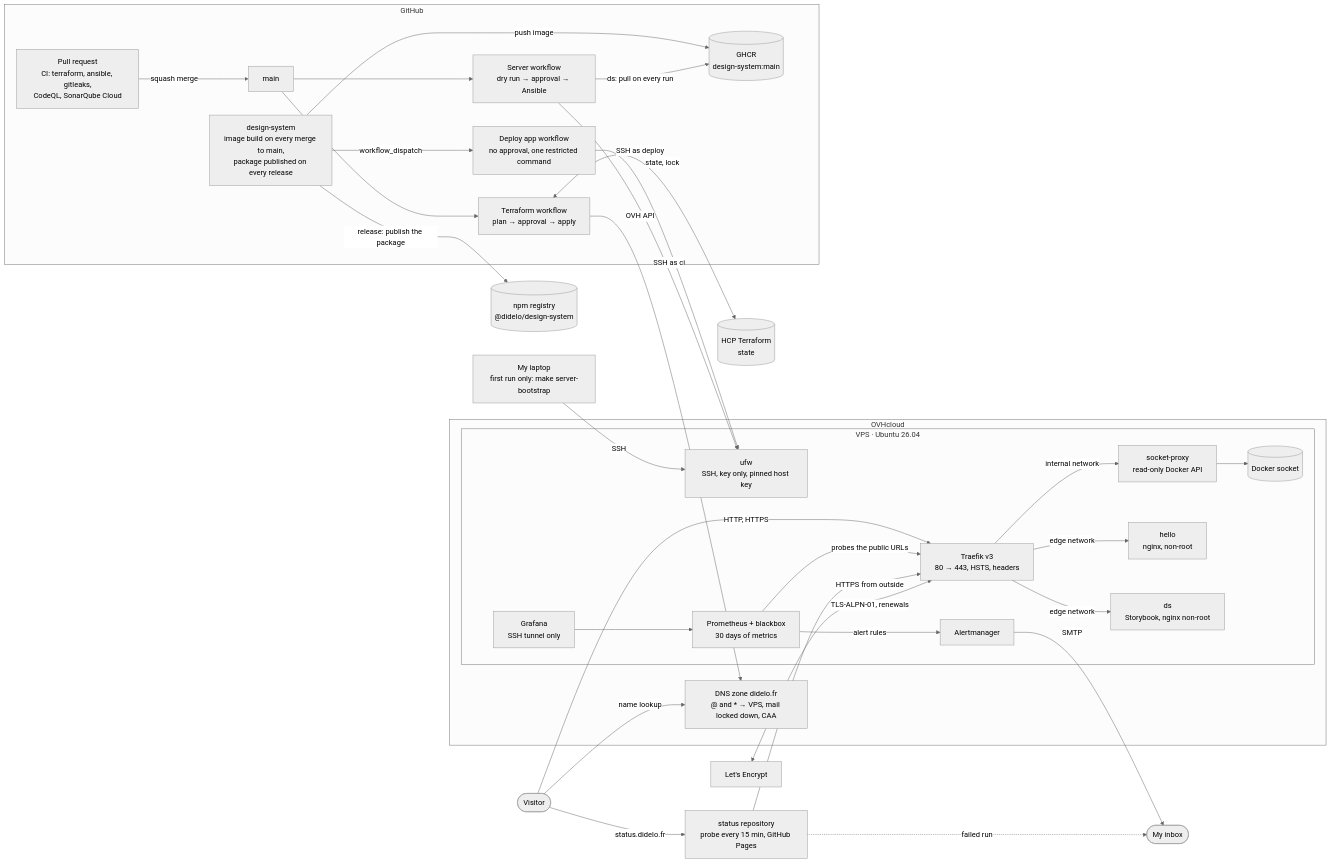
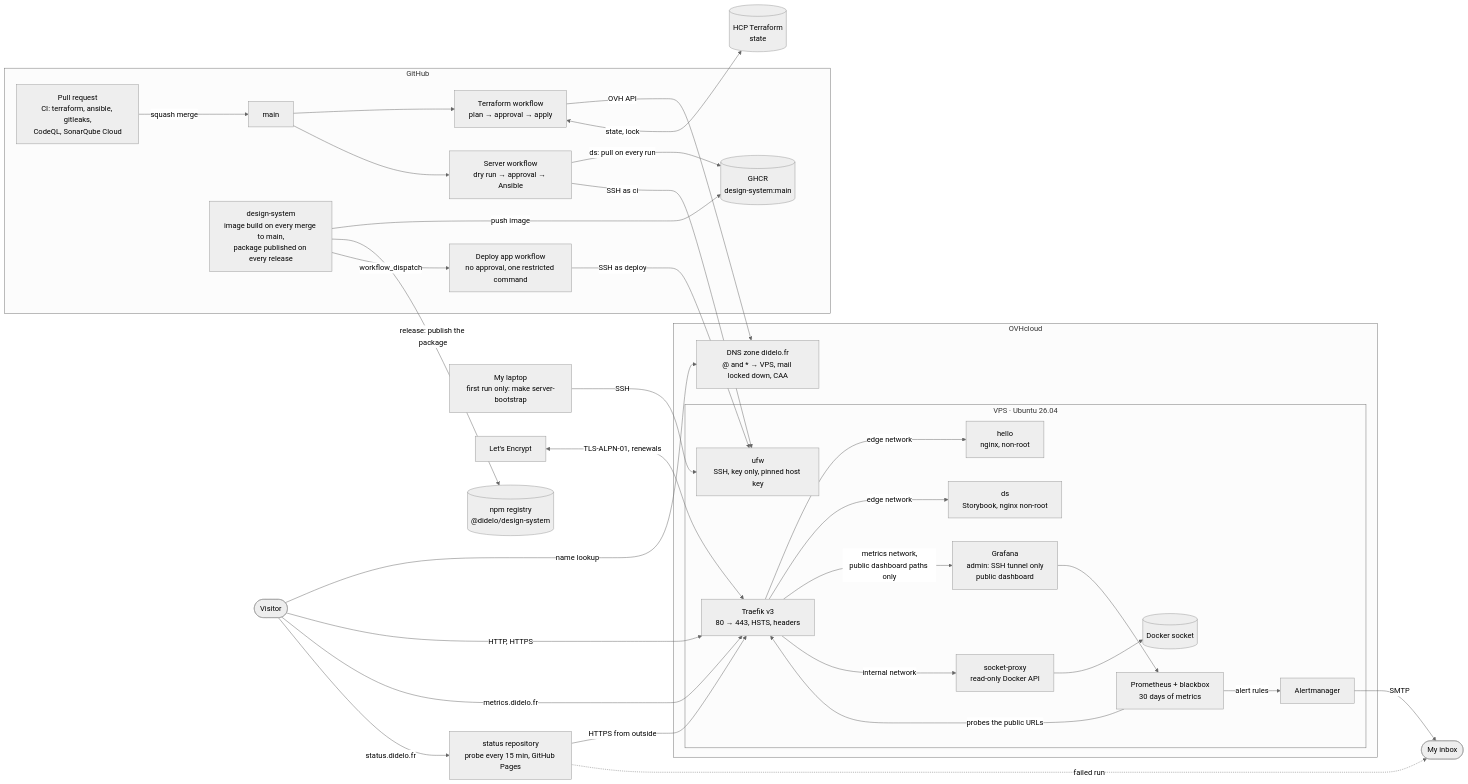
Before and after one commit to Didelo-lilian/infra: the diagram in README.md, drawn with Mermaid (neutral theme). The commit also changed other lines of this file and 6 other files, not shown here.

First line of the commit message:
feat(monitoring): publish a public metrics dashboard on metrics.didelo.fr (#65)

````diff
--- a/README.md
+++ b/README.md
@@ -28,60 +28,62 @@
 ```mermaid
 flowchart LR
   visitor([Visitor])
   laptop["My laptop<br/>first run only: make server-bootstrap"]
   le["Let's Encrypt"]
 
   subgraph ovh["OVHcloud"]
     dns["DNS zone didelo.fr<br/>@ and * → VPS, mail locked down, CAA"]
     subgraph vps["VPS · Ubuntu 26.04"]
       ufw["ufw<br/>SSH, key only, pinned host key"]
       traefik["Traefik v3<br/>80 → 443, HSTS, headers"]
       proxy["socket-proxy<br/>read-only Docker API"]
       sock[("Docker socket")]
       hello["hello<br/>nginx, non-root"]
       ds["ds<br/>Storybook, nginx non-root"]
-      graf["Grafana<br/>SSH tunnel only"]
+      graf["Grafana<br/>admin: SSH tunnel only<br/>public dashboard"]
       prom["Prometheus + blackbox<br/>30 days of metrics"]
       alert["Alertmanager"]
     end
   end
 
   subgraph gh["GitHub"]
     pr["Pull request<br/>CI: terraform, ansible, gitleaks,<br/>CodeQL, SonarQube Cloud"]
     main["main"]
     tfwf["Terraform workflow<br/>plan → approval → apply"]
     srvwf["Server workflow<br/>dry run → approval → Ansible"]
     appwf["Deploy app workflow<br/>no approval, one restricted command"]
     dsrepo["design-system<br/>image build on every merge to main,<br/>package published on every release"]
     ghcr[("GHCR<br/>design-system:main")]
   end
   hcp[("HCP Terraform<br/>state")]
   npm[("npm registry<br/>@didelo/design-system")]
   statusrepo["status repository<br/>probe every 15 min, GitHub Pages"]
   inbox(["My inbox"])
 
   visitor -->|"name lookup"| dns
   visitor -->|"HTTP, HTTPS"| traefik
   traefik -->|"edge network"| hello
   traefik -->|"edge network"| ds
   graf --> prom
+  visitor -->|"metrics.didelo.fr"| traefik
+  traefik -->|"metrics network,<br/>public dashboard paths only"| graf
   prom -->|"probes the public URLs"| traefik
   prom -->|"alert rules"| alert
   alert -->|"SMTP"| inbox
   statusrepo -->|"HTTPS from outside"| traefik
   statusrepo -.->|"failed run"| inbox
   visitor -->|"status.didelo.fr"| statusrepo
   traefik -->|"internal network"| proxy --> sock
   le <-->|"TLS-ALPN-01, renewals"| traefik
   laptop -->|"SSH"| ufw
   pr -->|"squash merge"| main --> tfwf
   main --> srvwf
   dsrepo -->|"push image"| ghcr
   dsrepo -->|"release: publish the package"| npm
   dsrepo -->|"workflow_dispatch"| appwf
   appwf -->|"SSH as deploy"| ufw
   srvwf -->|"ds: pull on every run"| ghcr
   srvwf -->|"SSH as ci"| ufw
   tfwf -->|"OVH API"| dns
   tfwf <-->|"state, lock"| hcp
 ```
````
